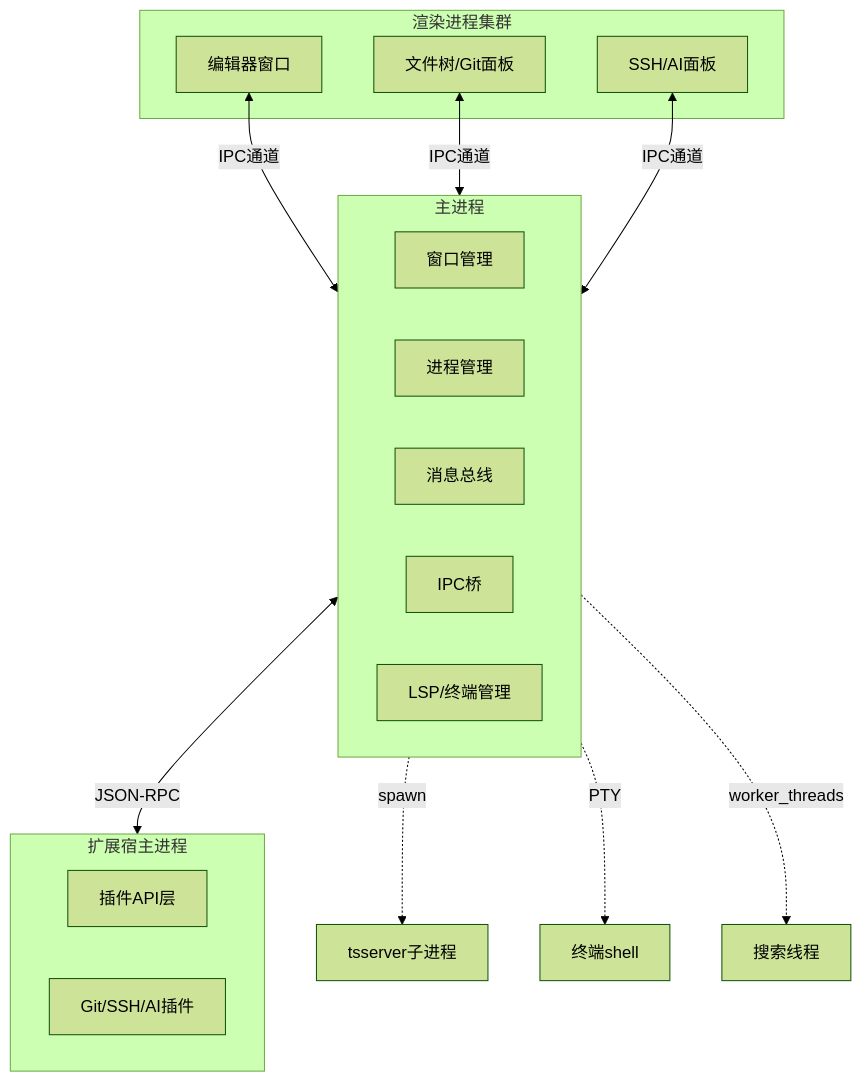
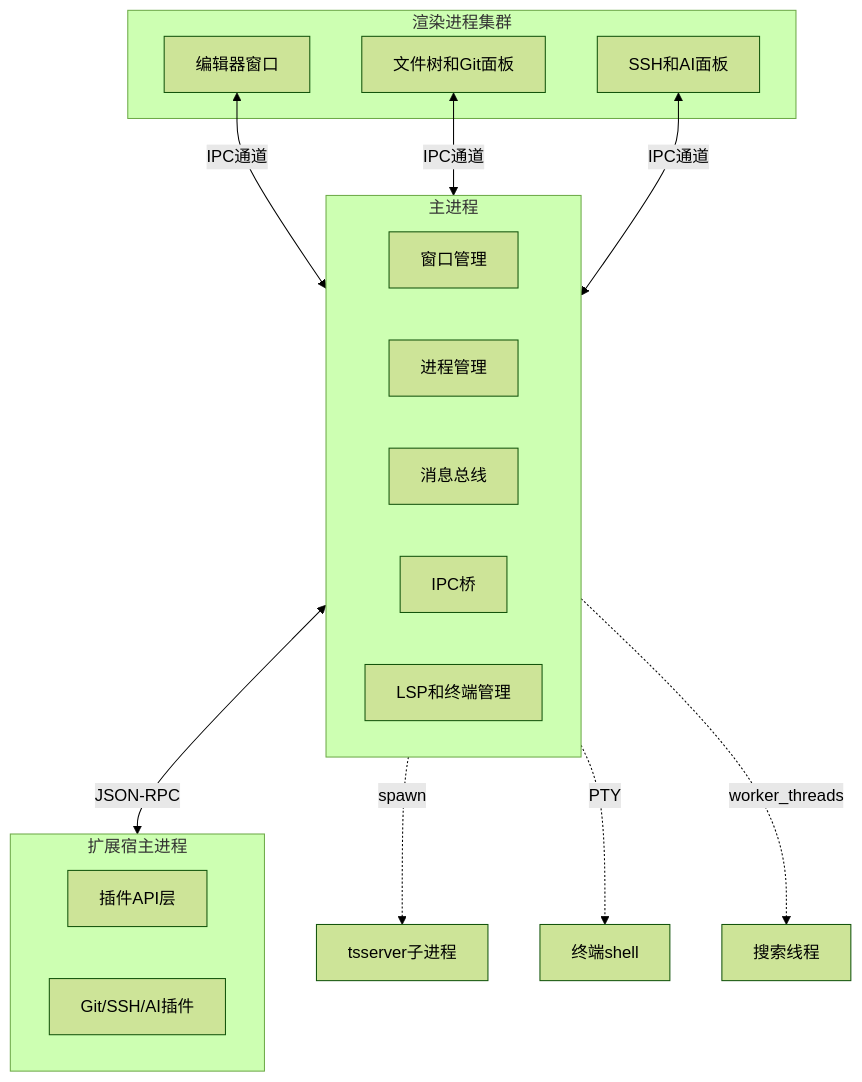
The first of 8 diagrams in README.md (chongyin10/ideaCode), drawn with Mermaid (forest theme) before and after one commit. The commit also changed other lines of this file, not shown here.

````diff
--- a/README.md
+++ b/README.md
@@ -134,26 +135,27 @@
 ```mermaid
 flowchart TB
     subgraph Renderer[渲染进程集群]
         R1[编辑器窗口]
-        R2[文件树/Git面板]
-        Rn[SSH/AI面板]
+        R2[文件树和Git面板]
+        Rn[SSH和AI面板]
     end
     subgraph Main[主进程]
         M1[窗口管理]
         M2[进程管理]
         M3[消息总线]
         M4[IPC桥]
-        M5[LSP/终端管理]
+        M5[LSP和终端管理]
     end
     subgraph ExtensionHost[扩展宿主进程]
         E1[插件API层]
         E2[Git/SSH/AI插件]
     end
 
-    R1 & R2 <-->|IPC通道| Main
-    Rn <-->|IPC通道| Main
-    Main <-->|JSON-RPC| ExtensionHost
-    Main -.->|spawn| T[tsserver子进程]
-    Main -.->|PTY| P[终端shell]
-    Main -.->|worker_threads| W[搜索线程]
+    R1 <-- IPC通道 --> Main
+    R2 <-- IPC通道 --> Main
+    Rn <-- IPC通道 --> Main
+    Main <-- JSON-RPC --> ExtensionHost
+    Main -. spawn .-> T[tsserver子进程]
+    Main -. PTY .-> P[终端shell]
+    Main -. worker_threads .-> W[搜索线程]
 ```
````
